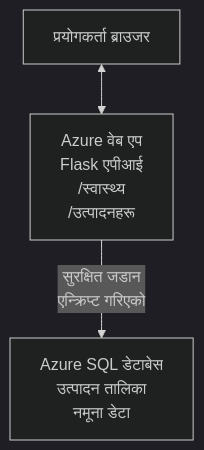
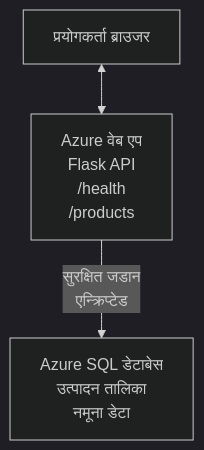
Before and after one commit to microsoft/AZD-for-beginners: the diagram in translations/ne/examples/database-app/README.md, drawn with Mermaid (dark theme). The commit also changed other lines of this file and 101 other files, not shown here.

````diff
--- a/translations/ne/examples/database-app/README.md
+++ b/translations/ne/examples/database-app/README.md
@@ -72,5 +72,5 @@
 ```mermaid
 graph TD
-    Browser[प्रयोगकर्ता ब्राउजर] <--> WebApp[Azure वेब एप<br/>Flask एपीआई<br/>/स्वास्थ्य<br/>/उत्पादनहरू]
-    WebApp -- सुरक्षित जडान<br/>एन्क्रिप्ट गरिएको --> SQL[Azure SQL डेटाबेस<br/>उत्पादन तालिका<br/>नमूना डेटा]
+    Browser[प्रयोगकर्ता ब्राउजर] <--> WebApp[Azure वेब एप<br/>Flask API<br/>/health<br/>/products]
+    WebApp -- सुरक्षित जडान<br/>एन्क्रिप्टेड --> SQL[Azure SQL डेटाबेस<br/>उत्पादन तालिका<br/>नमूना डेटा]
 ```
````
